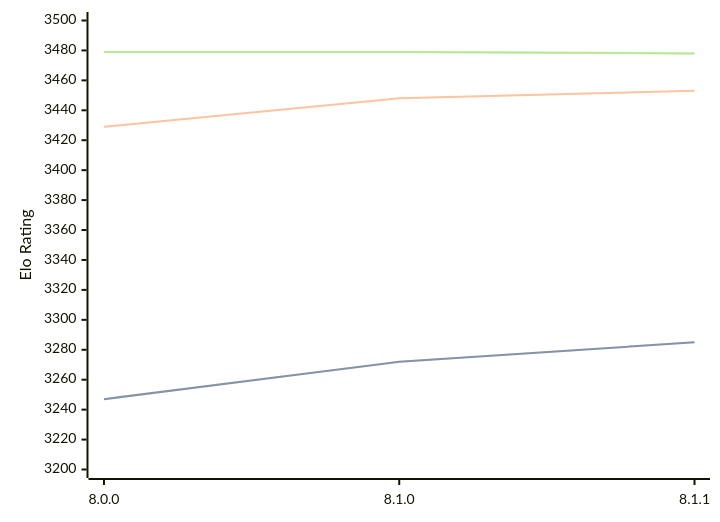
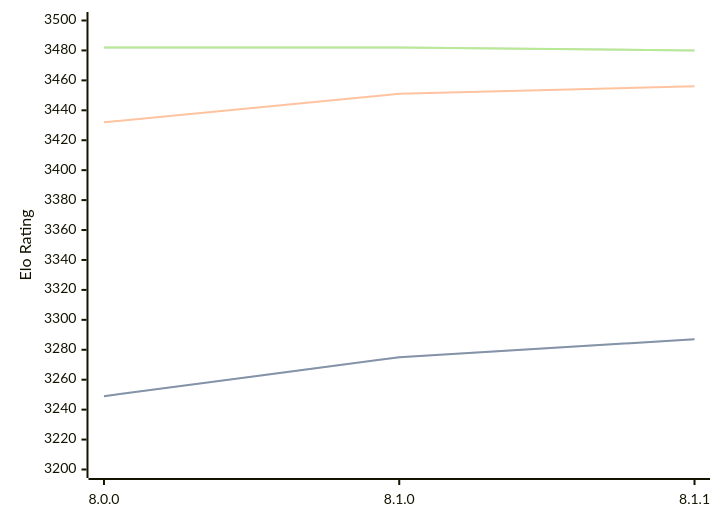
Before and after one commit to computer-chess-index/cci: the diagram in engines/Velvet.md, drawn with Mermaid. The commit also changed other lines of this file, not shown here.

Commit message:
Update CCI Ratings (ELO VLTC) - 2026-09-24

````diff
--- a/engines/Velvet.md
+++ b/engines/Velvet.md
@@ -33,11 +33,11 @@
 ```mermaid
 %%{init: {"theme":"base","themeVariables":{"seriesColors:['#a3a3a3','#222221','#faa371']}}}%%
 xychart-beta
   x-axis ["8.0.0", "8.1.0", "8.1.1"]
   y-axis "Elo Rating" 3200 --> 3500
-  line "" [3247, 3272, 3285]
-  line "STC (8.0+0.08s)" [3247, 3272, 3285]
-  line "LTC (60.0+0.60s)" [3429, 3448, 3453]
-  line "" [3479, 3479, 3478]
-  line "VLTC (2m24s+1.12s)" [3479, 3479, 3478]
+  line "" [3249, 3275, 3287]
+  line "STC (8.0+0.08s)" [3249, 3275, 3287]
+  line "LTC (60.0+0.60s)" [3432, 3451, 3456]
+  line "" [3482, 3482, 3480]
+  line "VLTC (2m24s+1.12s)" [3482, 3482, 3480]
 ```
````
